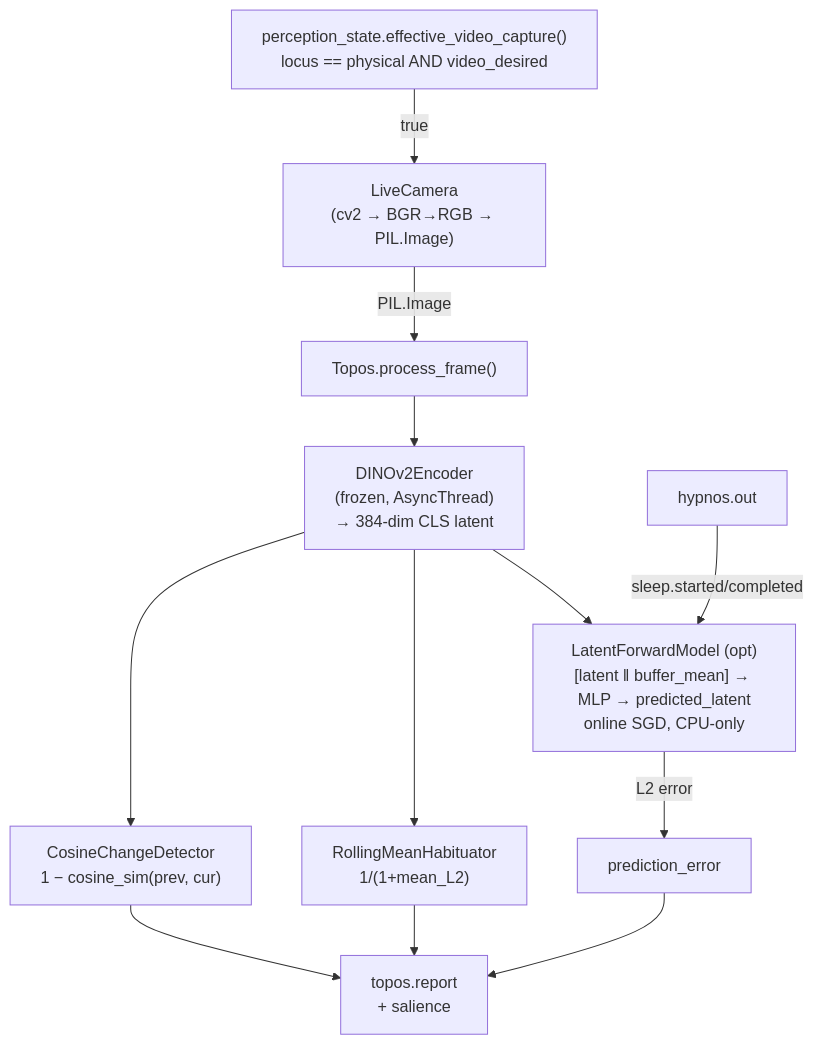
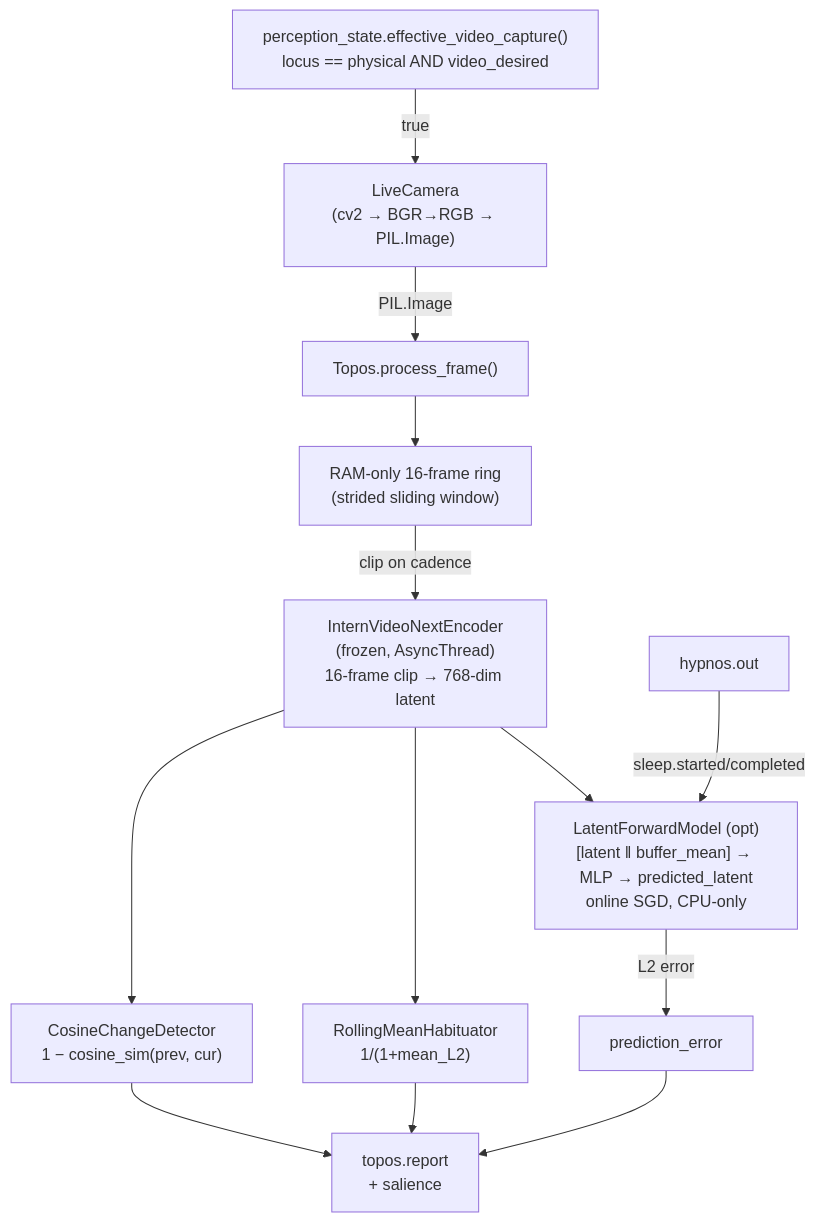
Before and after one commit to kaineone/kaine: the diagram in docs/modules/topos.md, drawn with Mermaid. The commit also changed other lines of this file and 33 other files, not shown here.

First line of the commit message:
feat(topos): InternVideo-Next temporally-native video encoder — real, default, off-Meta (Phase 2) (#36)

````diff
--- a/docs/modules/topos.md
+++ b/docs/modules/topos.md
@@ -117,18 +146,19 @@
 ```mermaid
 graph TD
     Cam["LiveCamera\n(cv2 → BGR→RGB → PIL.Image)"]
     LocusGate["perception_state.effective_video_capture()\nlocus == physical AND video_desired"]
     LocusGate -->|true| Cam
     Cam -->|PIL.Image| ProcessFrame["Topos.process_frame()"]
 
-    ProcessFrame --> Encode["DINOv2Encoder\n(frozen, AsyncThread)\n→ 384-dim CLS latent"]
+    ProcessFrame --> RingBuf["RAM-only 16-frame ring\n(strided sliding window)"]
+    RingBuf -->|clip on cadence| Encode["InternVideoNextEncoder\n(frozen, AsyncThread)\n16-frame clip → 768-dim latent"]
     Encode --> ChangeD["CosineChangeDetector\n1 − cosine_sim(prev, cur)"]
     Encode --> Habituator["RollingMeanHabituator\n1/(1+mean_L2)"]
     Encode --> FwdModel["LatentForwardModel (opt)\n[latent ‖ buffer_mean] → MLP → predicted_latent\nonline SGD, CPU-only"]
     FwdModel -->|L2 error| PredError["prediction_error"]
     ChangeD --> ToposReport["topos.report\n+ salience"]
     Habituator --> ToposReport
     PredError --> ToposReport
 
     HypnosOut["hypnos.out"] -->|sleep.started/completed| FwdModel
 ```
````
